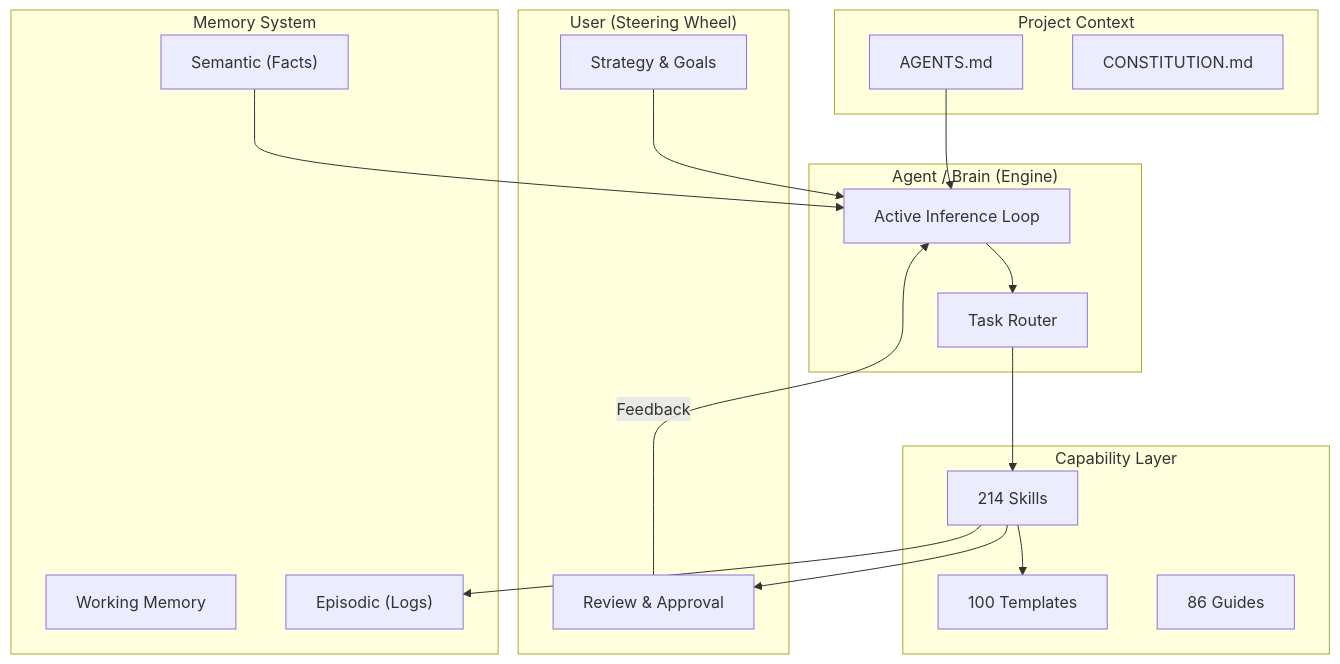
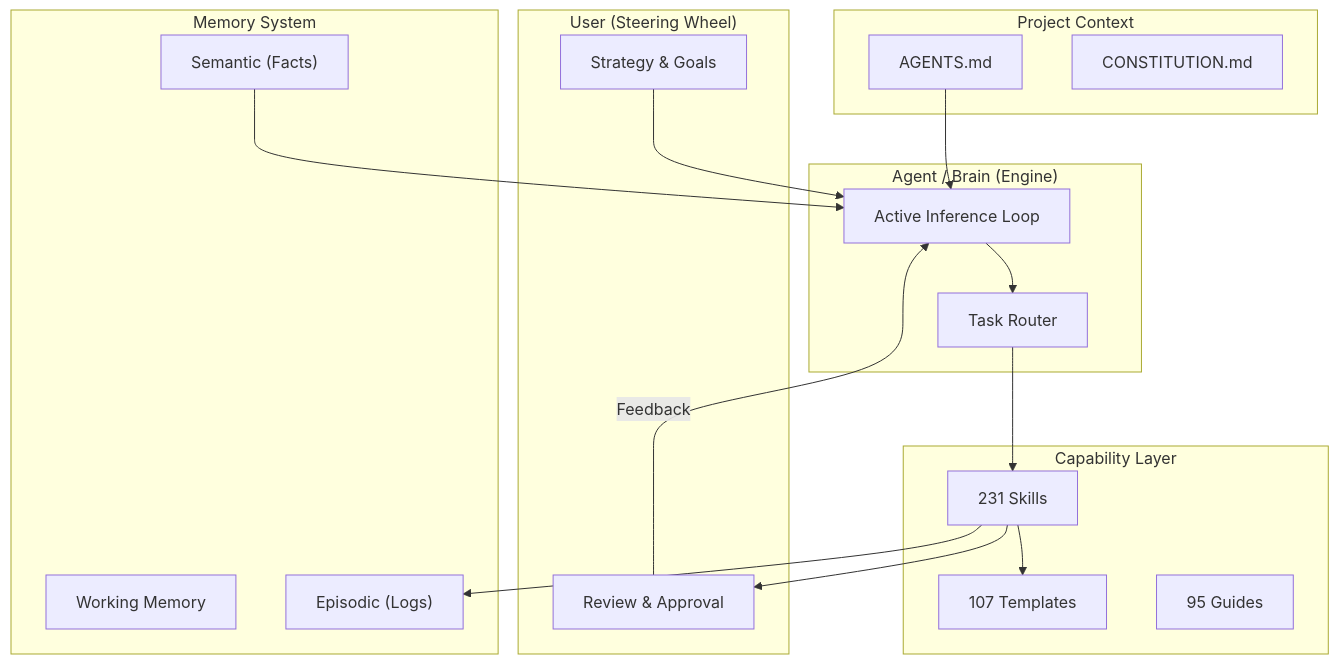
The second of 4 diagrams in README.md (andreibesleaga/GABBE), drawn with Mermaid before and after one commit. The commit also changed other lines of this file and 804 other files, not shown here.

````diff
--- a/README.md
+++ b/README.md
@@ -369,39 +387,39 @@
 ```mermaid
 graph TB
     subgraph Human ["User (Steering Wheel)"]
         H1[Strategy & Goals]
         H2[Review & Approval]
     end
 
     subgraph Agent ["Agent / Brain (Engine)"]
         B1[Active Inference Loop]
         B2[Task Router]
     end
 
     subgraph Context ["Project Context"]
         C1[AGENTS.md]
         C2[CONSTITUTION.md]
     end
 
     subgraph Tools ["Capability Layer"]
-        S[214 Skills]
-        T[100 Templates]
-        G[86 Guides]
+        S[231 Skills]
+        T[107 Templates]
+        G[95 Guides]
     end
 
     subgraph Memory ["Memory System"]
         M1[Working Memory]
         M2["Episodic (Logs)"]
         M3["Semantic (Facts)"]
     end
 
     H1 --> B1
     C1 --> B1
     B1 --> B2
     B2 --> S
     S --> T
     S --> M2
     M3 --> B1
     S --> H2
     H2 -- Feedback --> B1
 ```
````
